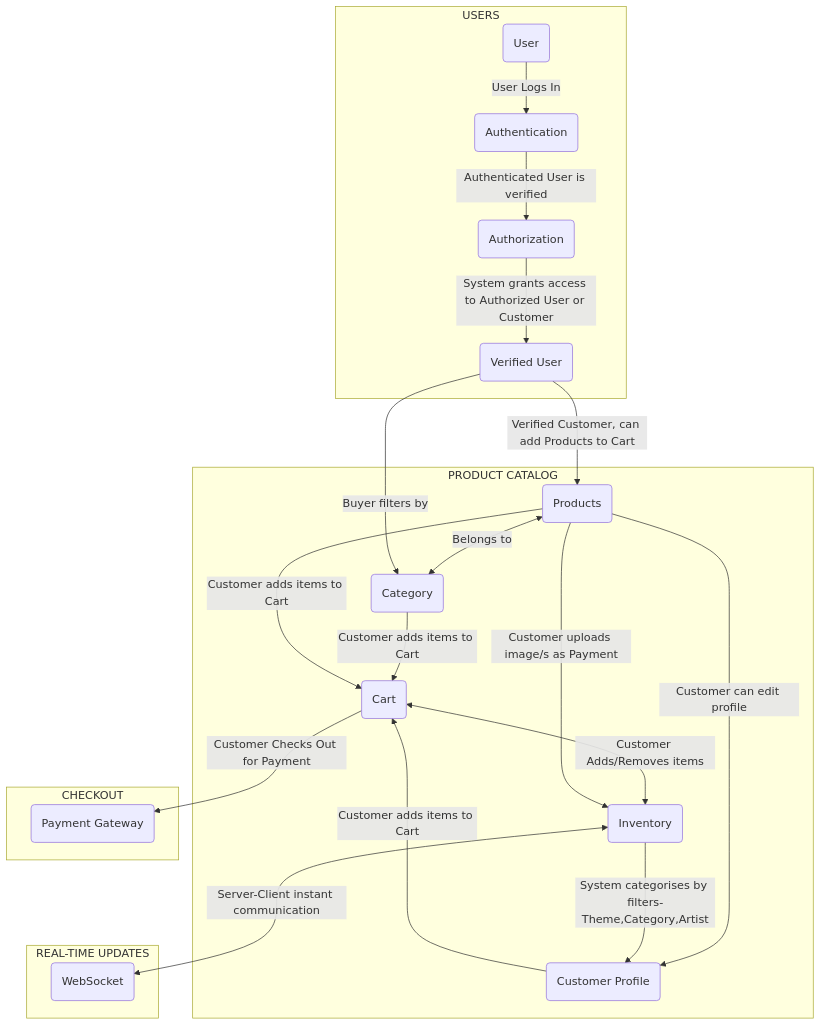
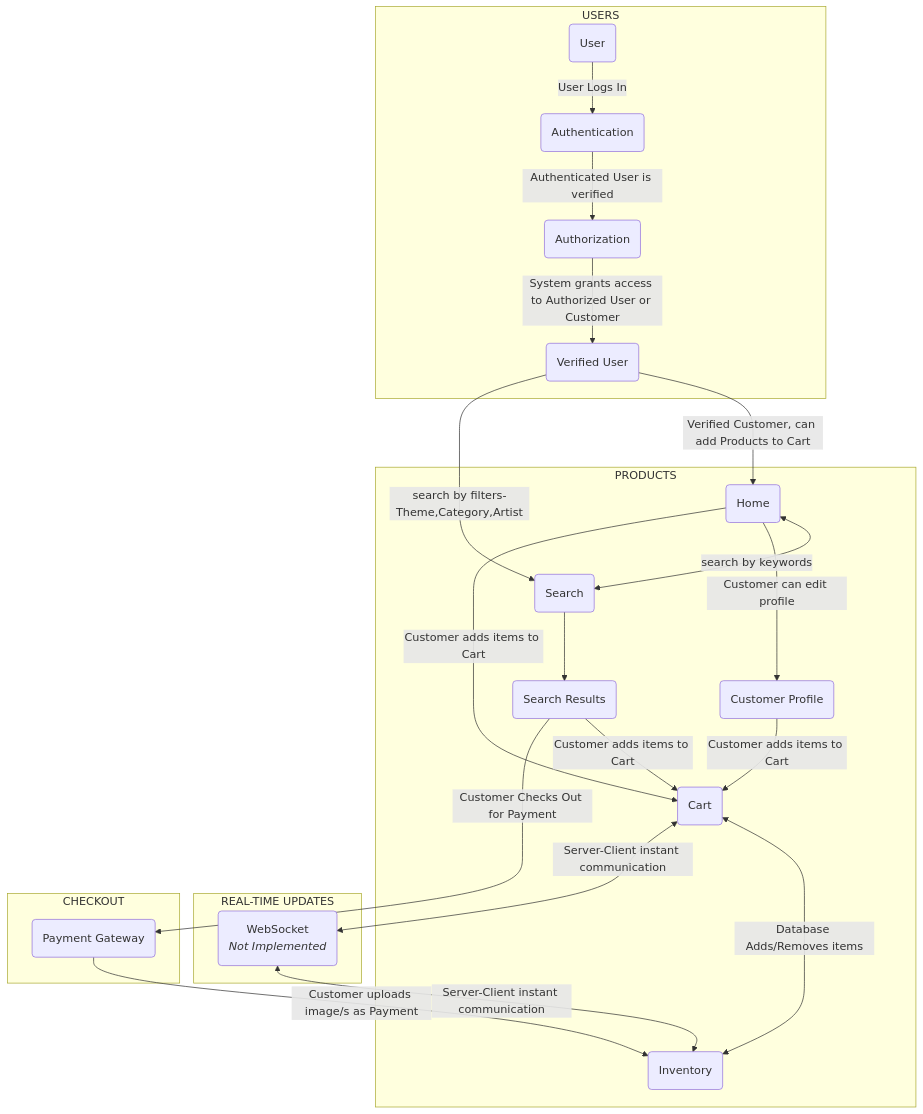
Before and after one commit to prak112/Image-Barter-Bazaar: the diagram in README.md, drawn with Mermaid. The commit also changed other lines of this file, not shown here.

Commit message:
upd documentation,Products, schematic-WIP

````diff
--- a/README.md
+++ b/README.md
@@ -43,45 +44,48 @@
 ```mermaid
 graph TB
 
 subgraph USERS
   A(User)
   B(Authentication)
   C(Authorization)
   J(Verified User)
 
   A -->|User Logs In| B
   B -->|Authenticated User is verified| C
   C -->|System grants access to Authorized User or Customer| J
 end
 
-subgraph PRODUCT CATALOG
-  D(Products)
-  E(Category)
-  F(Cart)
-  G(Inventory)
+subgraph PRODUCTS
+  D(Home)
+  E(Search)
+  F(Search Results)
+  G(Cart)
+  H(Inventory)
   K(Customer Profile)
-  D <-->|Belongs to| E
-  E -->|Customer adds items to Cart| F
-  F <-->|Customer Adds/Removes items| G
-  D -->|Customer uploads image/s as Payment| G
+  D <-->|search by keywords| E
+  E -->F
+  F -->|Customer adds items to Cart| G
+  G <-->|Database Adds/Removes items| H
   D -->|Customer can edit profile| K
-  G -->|System categorises by filters-Theme,Category,Artist| K
-  K -->|Customer adds items to Cart| F
-  D -->|Customer adds items to Cart| F
+  K -->|Customer adds items to Cart| G
+  D -->|Customer adds items to Cart| G
 end
 
 subgraph REAL-TIME UPDATES
-  H(WebSocket)
+  I(WebSocket<br><em>Not Implemented</em>)
 end
 
 subgraph CHECKOUT
   L(Payment Gateway)
   F -->|Customer Checks Out for Payment|L
+  L-->|Customer uploads image/s as Payment| H
+
 end
 
-G <-->|Server-Client instant communication| H
+G <-->|Server-Client instant communication| I
+I <-->|Server-Client instant communication| H
 J -->|Verified Customer, can add Products to Cart| D
-J -->|Buyer filters by| E
+J -->|search by filters-Theme,Category,Artist| E
 
 
 ```
````
